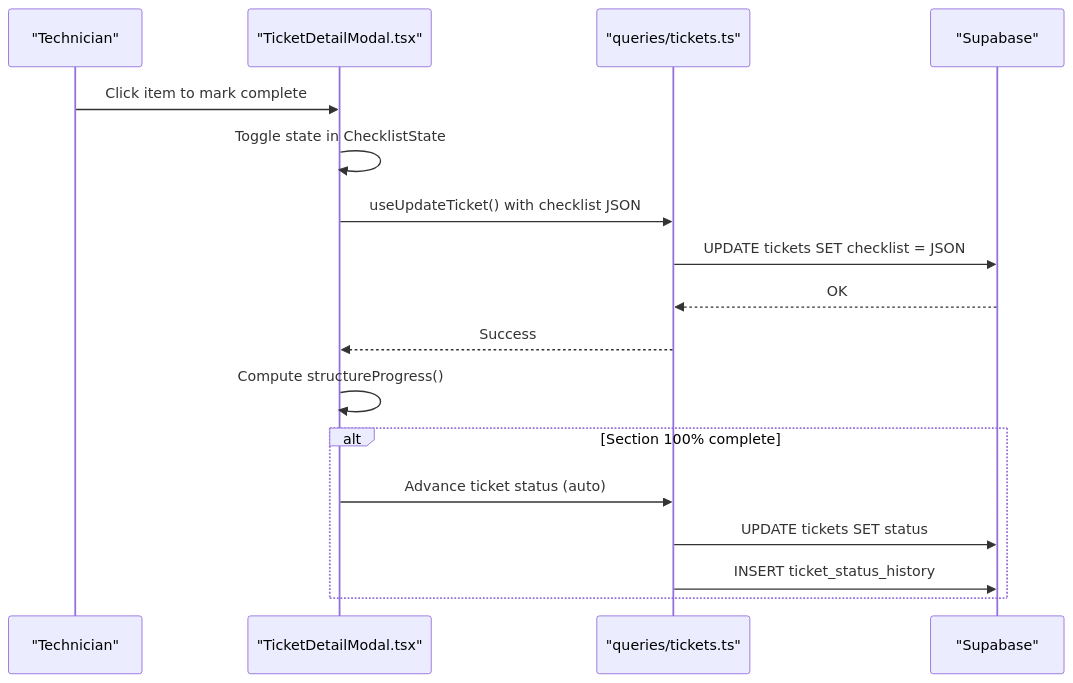
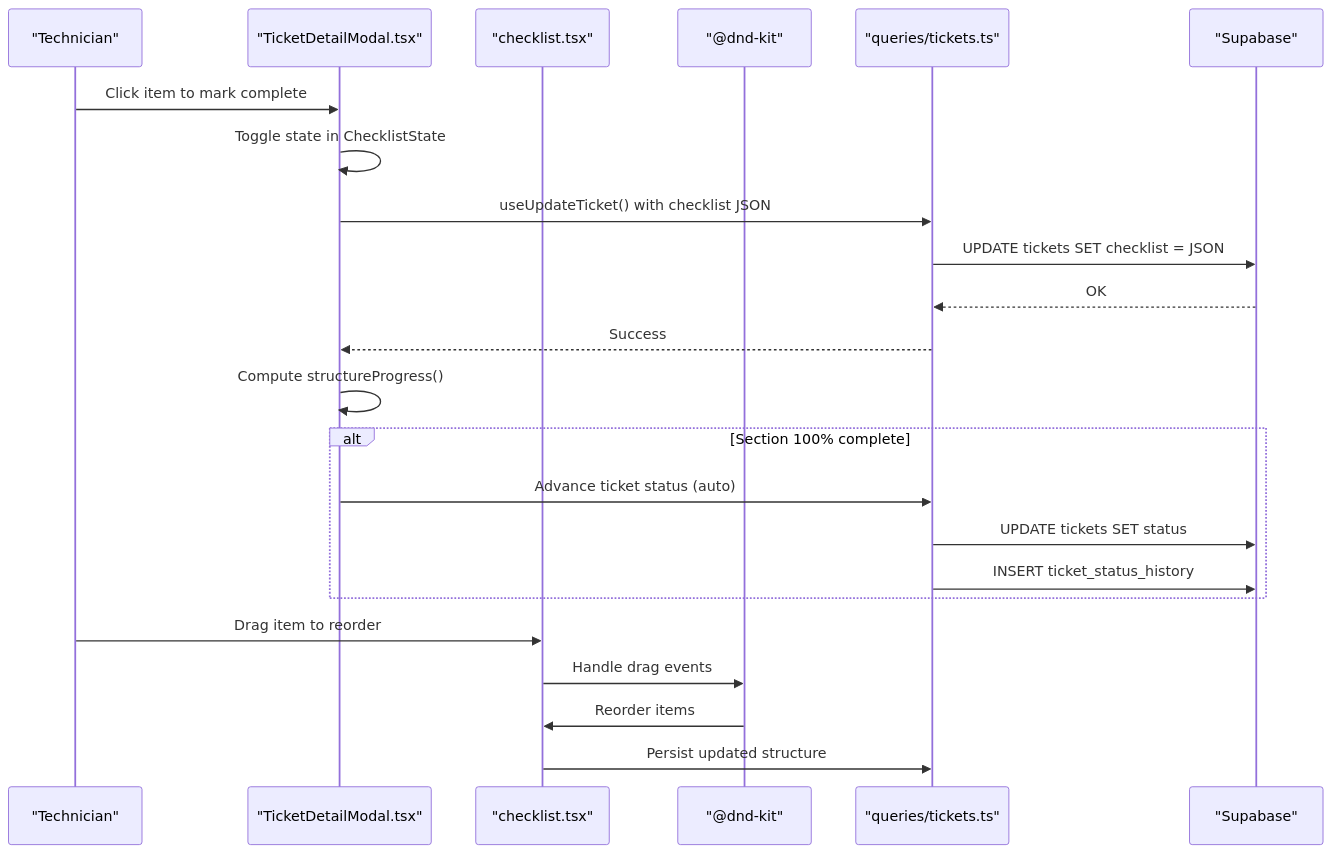
The second of 10 diagrams in .qoder/repowiki/en/content/Ticket Management System/Checklist System.md (gastaldellomarco/pcReady), drawn with Mermaid before and after one commit. The commit also changed other lines of this file and 15 other files, not shown here.

````diff
--- a/.qoder/repowiki/en/content/Ticket Management System/Checklist System.md
+++ b/.qoder/repowiki/en/content/Ticket Management System/Checklist System.md
@@ -111,19 +129,25 @@
 ```mermaid
 sequenceDiagram
 participant Tech as "Technician"
 participant UI as "TicketDetailModal.tsx"
+participant Editor as "checklist.tsx"
+participant DnD as "@dnd-kit"
 participant Q as "queries/tickets.ts"
 participant DB as "Supabase"
 Tech->>UI : Click item to mark complete
 UI->>UI : Toggle state in ChecklistState
 UI->>Q : useUpdateTicket() with checklist JSON
 Q->>DB : UPDATE tickets SET checklist = JSON
 DB-->>Q : OK
 Q-->>UI : Success
 UI->>UI : Compute structureProgress()
 alt Section 100% complete
 UI->>Q : Advance ticket status (auto)
 Q->>DB : UPDATE tickets SET status
 Q->>DB : INSERT ticket_status_history
 end
+Tech->>Editor : Drag item to reorder
+Editor->>DnD : Handle drag events
+DnD->>Editor : Reorder items
+Editor->>Q : Persist updated structure
 ```
````
